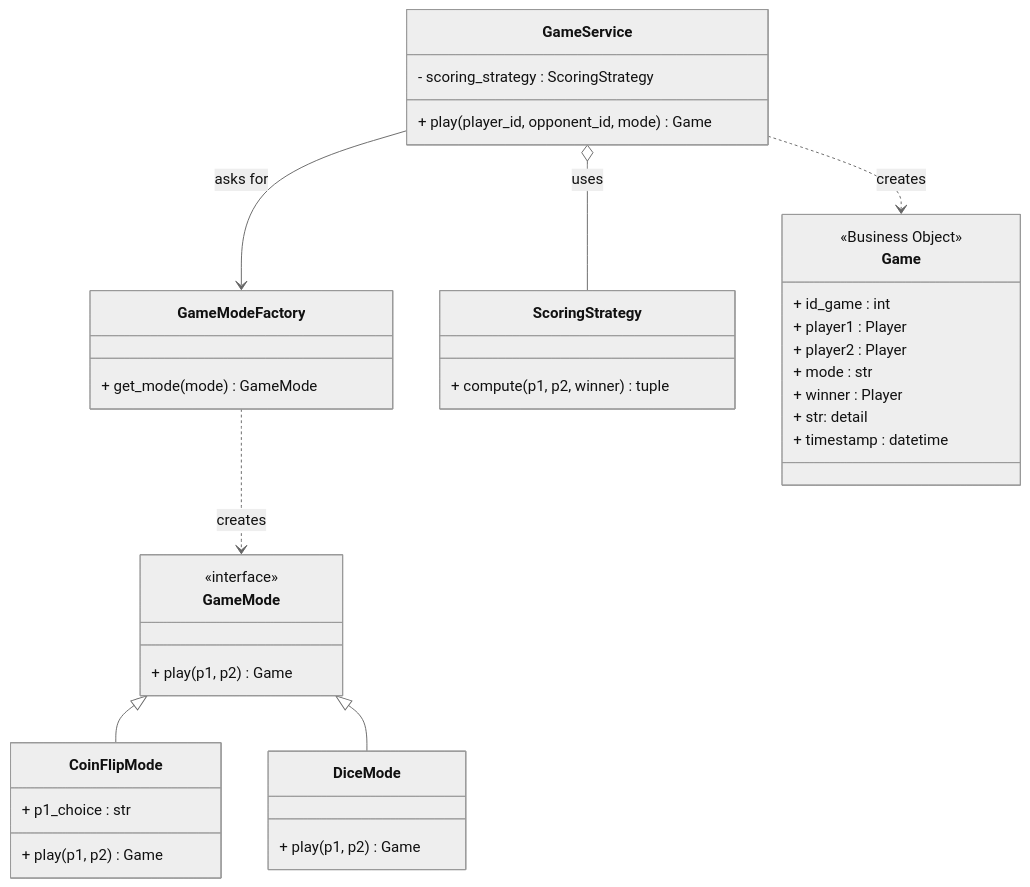
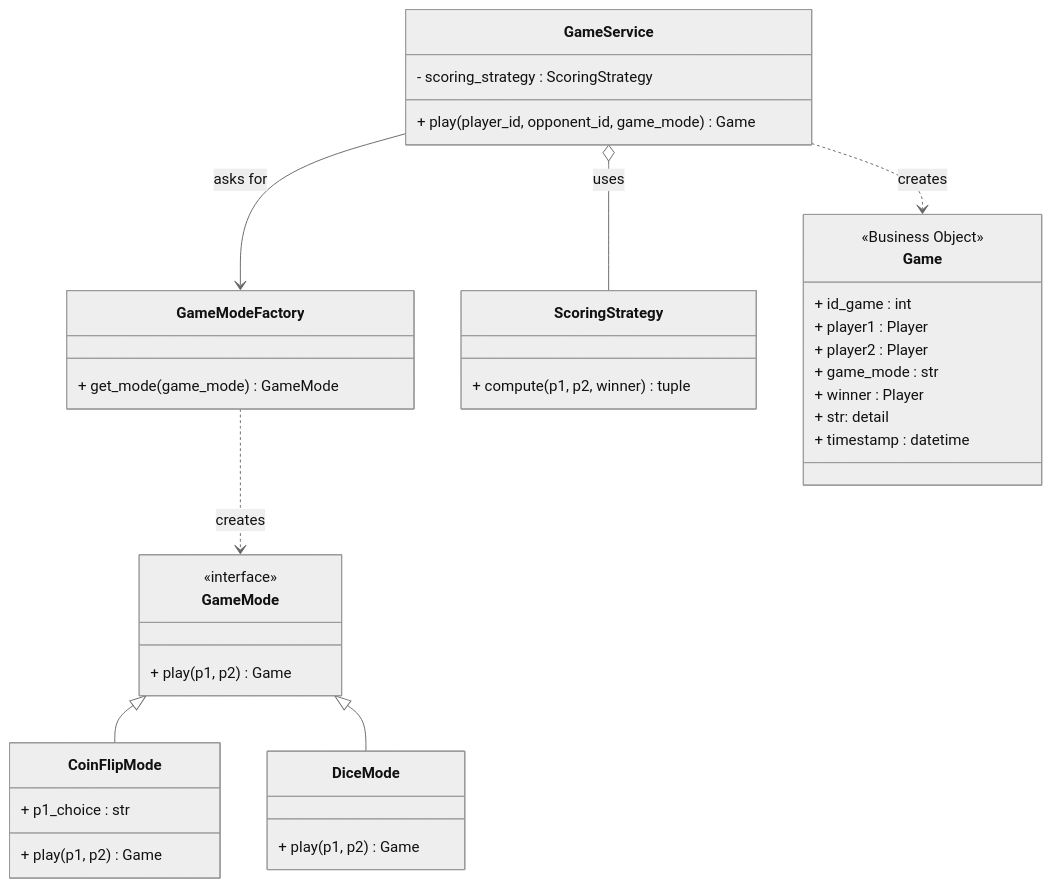
Before and after one commit to ludo2ne/ENSAI-2A-Projet-info: the first of 3 diagrams in quarto-site/doc/tp/tp2.qmd, drawn with Mermaid (neutral theme). The commit also changed other lines of this file and 6 other files, not shown here.

````diff
--- a/quarto-site/doc/tp/tp2.qmd
+++ b/quarto-site/doc/tp/tp2.qmd
@@ -69,47 +73,47 @@
 ```{mermaid}
 classDiagram
   class GameService {
     - scoring_strategy : ScoringStrategy
-    + play(player_id, opponent_id, mode) Game
+    + play(player_id, opponent_id, game_mode) Game
   }
 
   class GameModeFactory {
-    + get_mode(mode) GameMode
+    + get_mode(game_mode) GameMode
   }
 
   class GameMode {
     <<interface>>
     + play(p1, p2) Game
   }
 
   class ScoringStrategy {
     + compute(p1, p2, winner) tuple
   }
 
   class CoinFlipMode {
     + p1_choice : str
     + play(p1, p2) Game
   }
 
   class DiceMode {
     + play(p1, p2) Game
   }
 
   class Game {
     <<Business Object>>
     + id_game : int
     + player1 : Player
     + player2 : Player
-    + mode : str
+    + game_mode : str
     + winner : Player
     + str: detail
     + timestamp : datetime
   }
 
   GameService o-- ScoringStrategy : uses
   GameService --> GameModeFactory : asks for
   GameModeFactory ..> GameMode : creates
   GameMode <|-- CoinFlipMode
   GameMode <|-- DiceMode
   GameService ..> Game : creates
 ```
````
